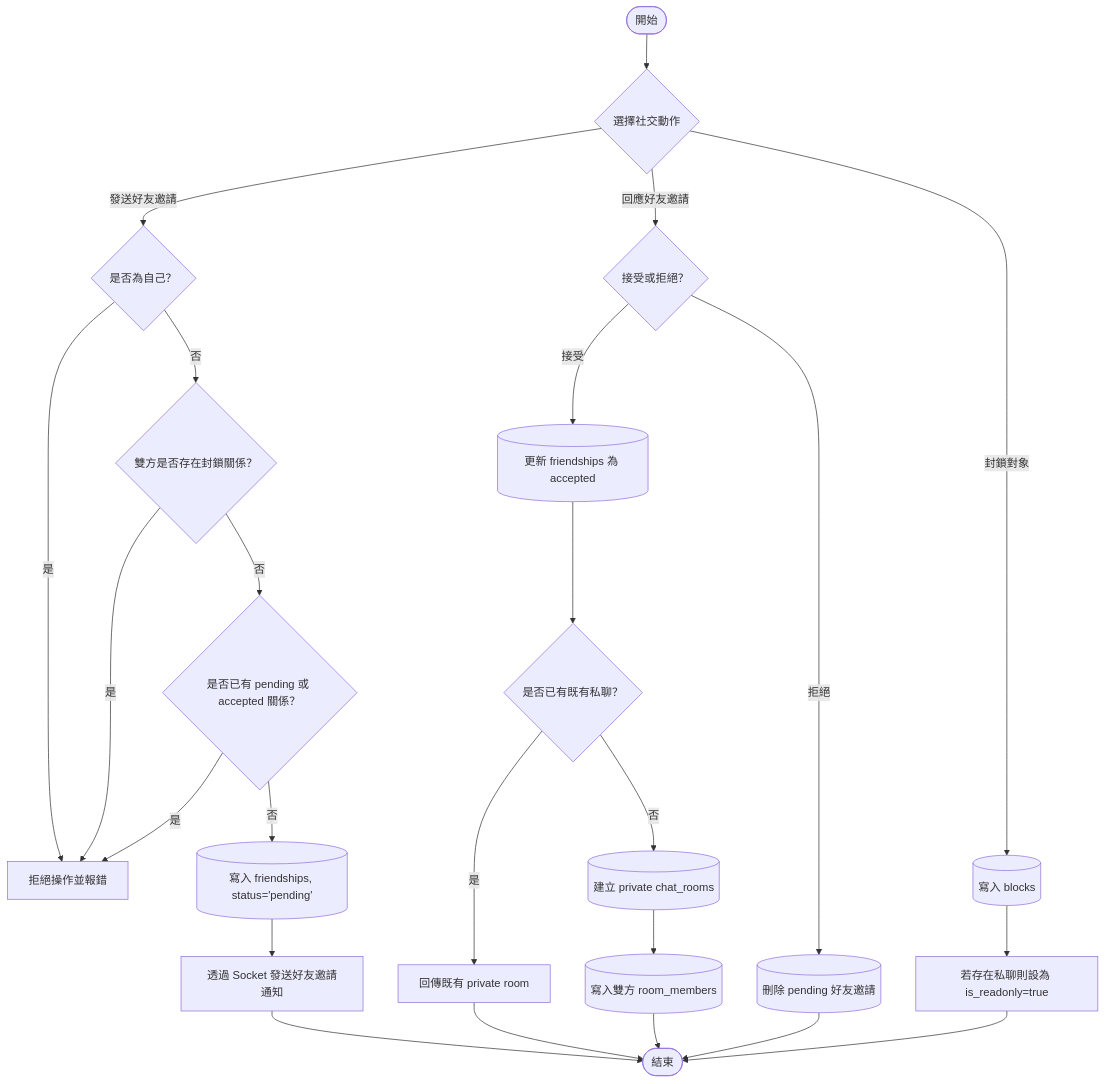
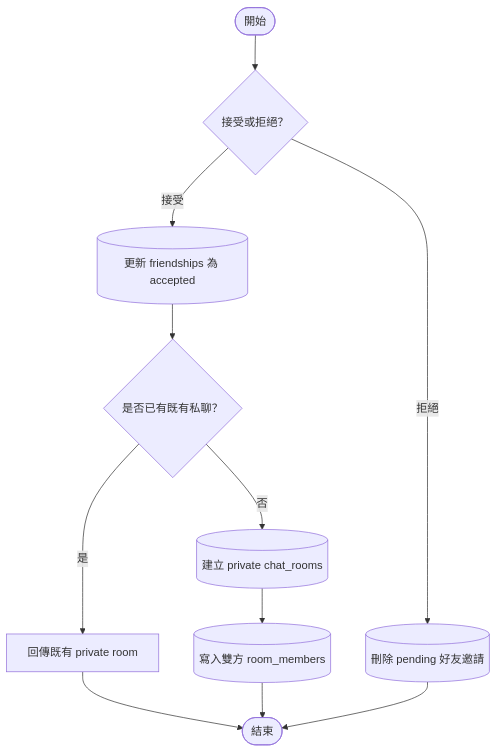
Before and after one commit to nearcsie/near-chat: the third of 10 diagrams in docs/report-3.md, drawn with Mermaid. The commit also changed other lines of this file, not shown here.

````diff
--- a/docs/report-3.md
+++ b/docs/report-3.md
@@ -284,28 +241,13 @@
 ```mermaid
 flowchart TD
-    Start([開始]) --> Action{選擇社交動作}
-
-    Action -- 發送好友邀請 --> CheckSelf{是否為自己？}
-    CheckSelf -- 是 --> FailMsg[拒絕操作並報錯]
-    CheckSelf -- 否 --> CheckBlocked{雙方是否存在封鎖關係？}
-    CheckBlocked -- 是 --> FailMsg
-    CheckBlocked -- 否 --> CheckPending{是否已有 pending 或 accepted 關係？}
-    CheckPending -- 是 --> FailMsg
-    CheckPending -- 否 --> InsertFriend[(寫入 friendships, status='pending')]
-    InsertFriend --> NotifyUser[透過 Socket 發送好友邀請通知] --> End([結束])
-
-    Action -- 回應好友邀請 --> AcceptOrReject{接受或拒絕？}
+    Start([開始]) --> AcceptOrReject{接受或拒絕？}
     AcceptOrReject -- 接受 --> UpdateFriendAccepted[(更新 friendships 為 accepted)]
     UpdateFriendAccepted --> FindPrivateRoom{是否已有既有私聊？}
     FindPrivateRoom -- 是 --> ReturnExistingRoom[回傳既有 private room]
     FindPrivateRoom -- 否 --> CreatePrivateRoom[(建立 private chat_rooms)]
     CreatePrivateRoom --> InsertRoomMembers[(寫入雙方 room_members)]
-    ReturnExistingRoom --> End
+    ReturnExistingRoom --> End([結束])
     InsertRoomMembers --> End
 
     AcceptOrReject -- 拒絕 --> DeletePending[(刪除 pending 好友邀請)] --> End
-
-    Action -- 封鎖對象 --> InsertBlock[(寫入 blocks)]
-    InsertBlock --> SetRoomReadonly[若存在私聊則設為 is_readonly=true]
-    SetRoomReadonly --> End
 ```
````
